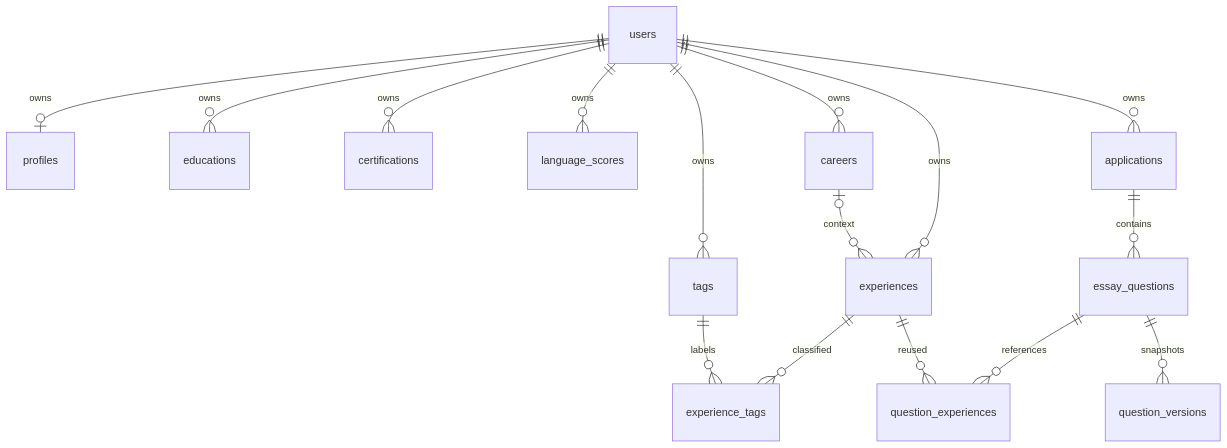
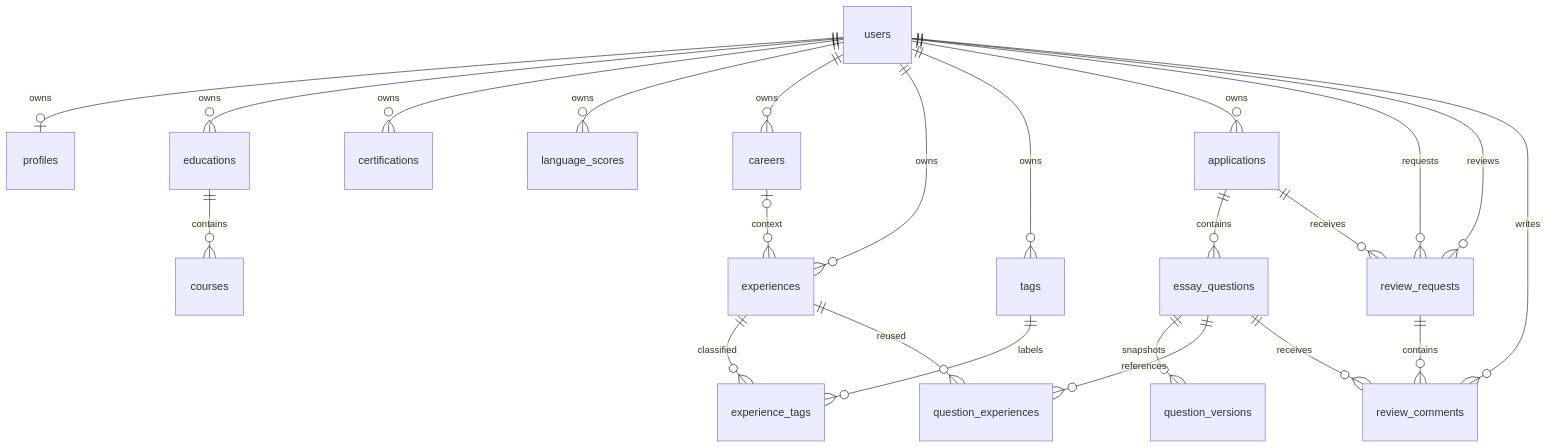
One commit to skala-dg/ssulap changed the diagram in docs/ssulap-design.md. Above: the diagram before and after it, drawn with Mermaid. The commit also changed other lines of this file and 130 other files, not shown here.

````diff
--- a/docs/ssulap-design.md
+++ b/docs/ssulap-design.md
@@ -48,18 +53,25 @@
 ```mermaid
 erDiagram
     users ||--o| profiles : owns
     users ||--o{ educations : owns
+    educations ||--o{ courses : contains
     users ||--o{ certifications : owns
     users ||--o{ language_scores : owns
     users ||--o{ careers : owns
     users ||--o{ experiences : owns
     users ||--o{ tags : owns
     users ||--o{ applications : owns
     careers o|--o{ experiences : context
     experiences ||--o{ experience_tags : classified
     tags ||--o{ experience_tags : labels
     applications ||--o{ essay_questions : contains
     essay_questions ||--o{ question_versions : snapshots
     essay_questions ||--o{ question_experiences : references
     experiences ||--o{ question_experiences : reused
+    applications ||--o{ review_requests : receives
+    users ||--o{ review_requests : requests
+    users ||--o{ review_requests : reviews
+    review_requests ||--o{ review_comments : contains
+    essay_questions ||--o{ review_comments : receives
+    users ||--o{ review_comments : writes
 ```
````
